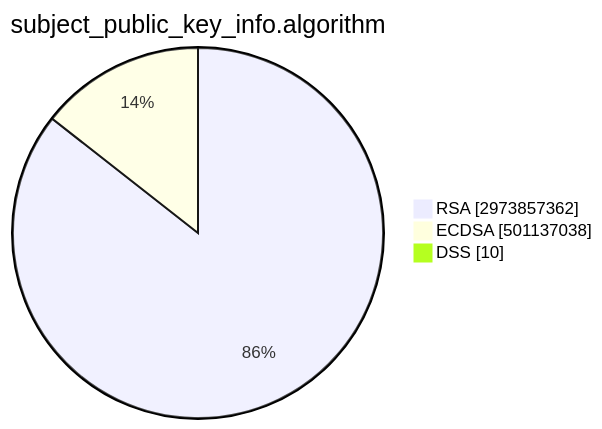
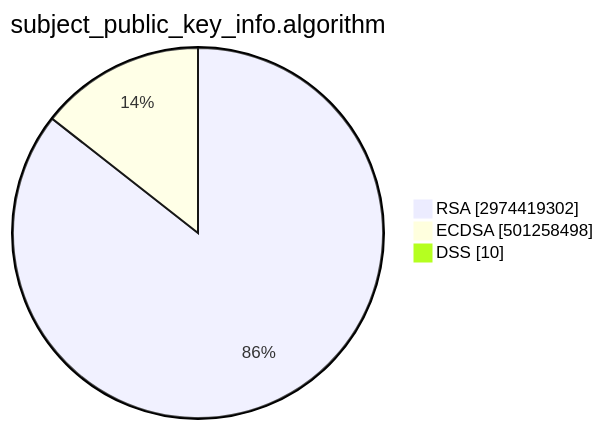
Before and after one commit to christiankrug/ctmonitor_visualization: the second of 15 diagrams in TOTAL/README.md, drawn with Mermaid. The commit also changed other lines of this file, not shown here.

````diff
--- a/TOTAL/README.md
+++ b/TOTAL/README.md
@@ -6,7 +6,7 @@
 ```mermaid
 pie showData
 title subject_public_key_info.algorithm
-"RSA" :2973857362
-"ECDSA" :501137038
+"RSA" :2974419302
+"ECDSA" :501258498
 "DSS" :10
 ```
````
